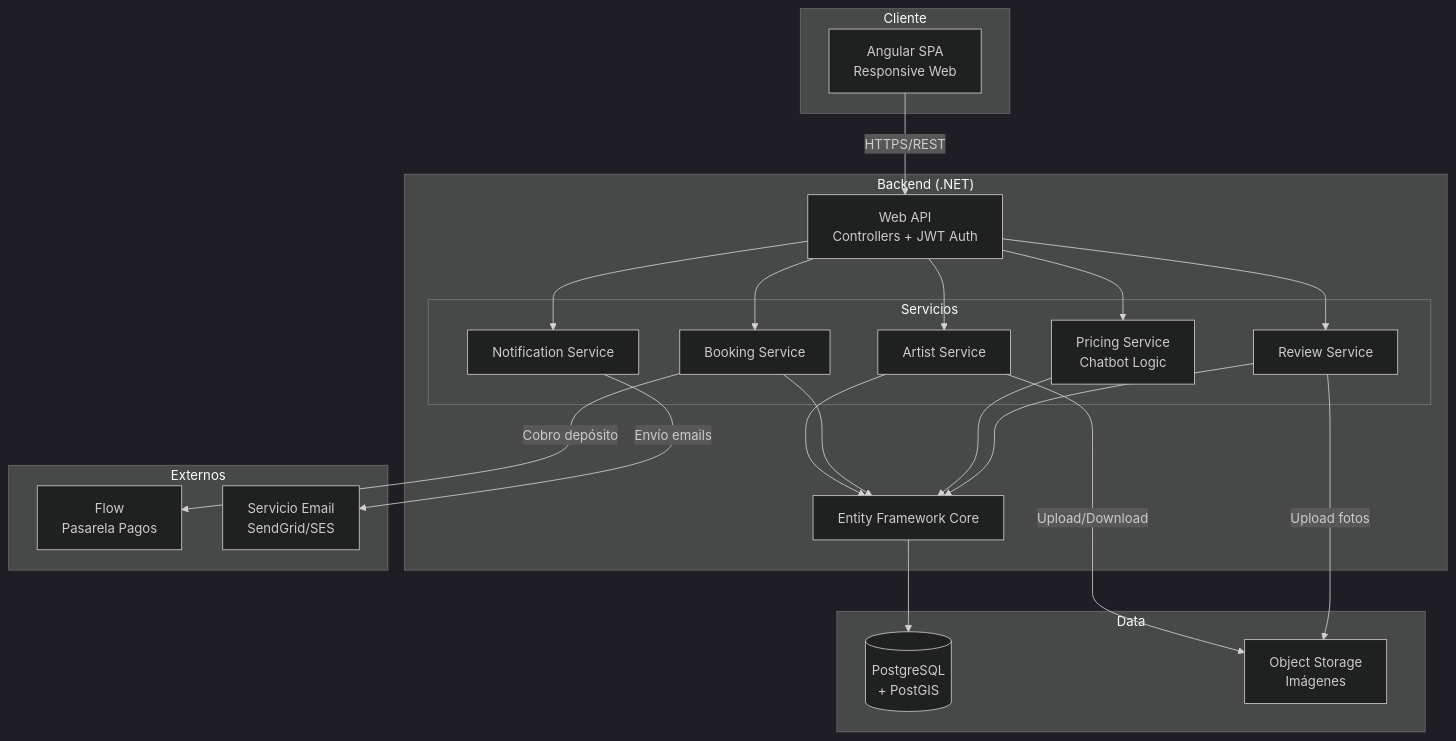
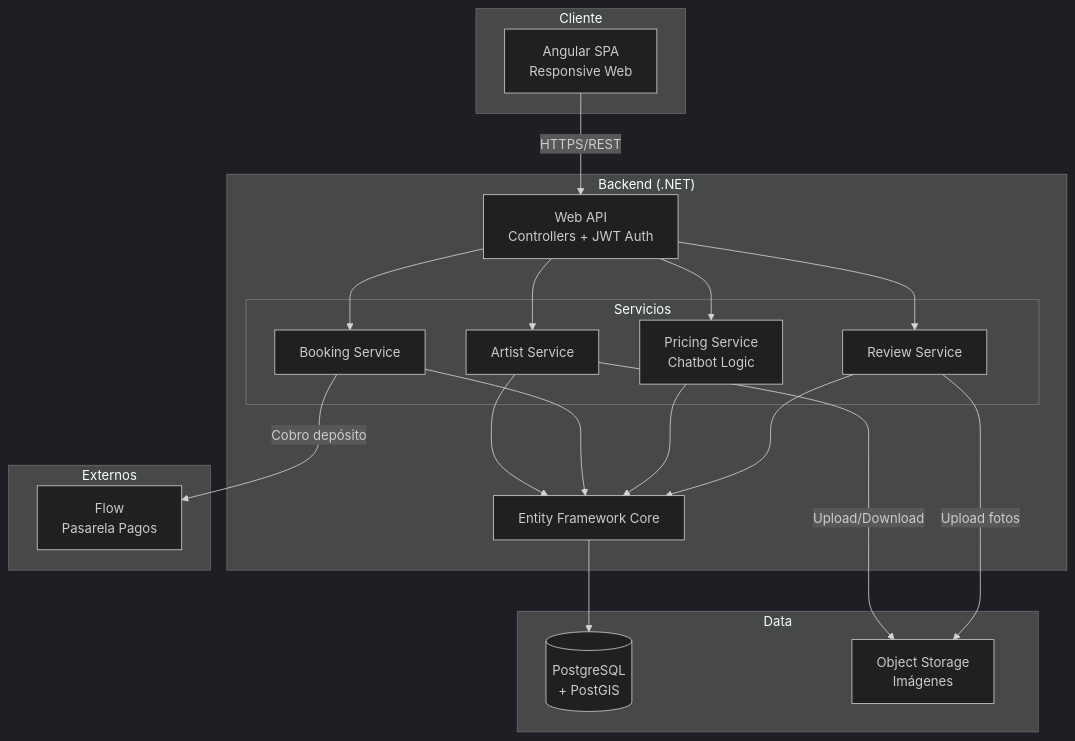
Before and after one commit to LIDR-academy/AI4Devs-finalproject: diagram 11 of 14 in docs/documentacion.md, drawn with Mermaid (dark theme). The commit also changed other lines of this file and 6 other files, not shown here.

````diff
--- a/docs/documentacion.md
+++ b/docs/documentacion.md
@@ -880,44 +880,40 @@
 ```mermaid
 flowchart TB
     subgraph Cliente
         SPA[Angular SPA<br/>Responsive Web]
     end
 
     subgraph Backend["Backend (.NET)"]
         API[Web API<br/>Controllers + JWT Auth]
         subgraph Servicios
             AS[Artist Service]
             BS[Booking Service]
             PS[Pricing Service<br/>Chatbot Logic]
             RS[Review Service]
-            NS[Notification Service]
         end
         ORM[Entity Framework Core]
     end
 
     subgraph Data
         DB[(PostgreSQL<br/>+ PostGIS)]
         STORAGE[Object Storage<br/>Imágenes]
     end
 
     subgraph Externos
         FLOW[Flow<br/>Pasarela Pagos]
-        EMAIL[Servicio Email<br/>SendGrid/SES]
     end
 
     SPA -->|HTTPS/REST| API
     API --> AS
     API --> BS
     API --> PS
     API --> RS
-    API --> NS
     AS --> ORM
     BS --> ORM
     PS --> ORM
     RS --> ORM
     ORM --> DB
     AS -->|Upload/Download| STORAGE
     RS -->|Upload fotos| STORAGE
     BS -->|Cobro depósito| FLOW
-    NS -->|Envío emails| EMAIL
 ```
````
